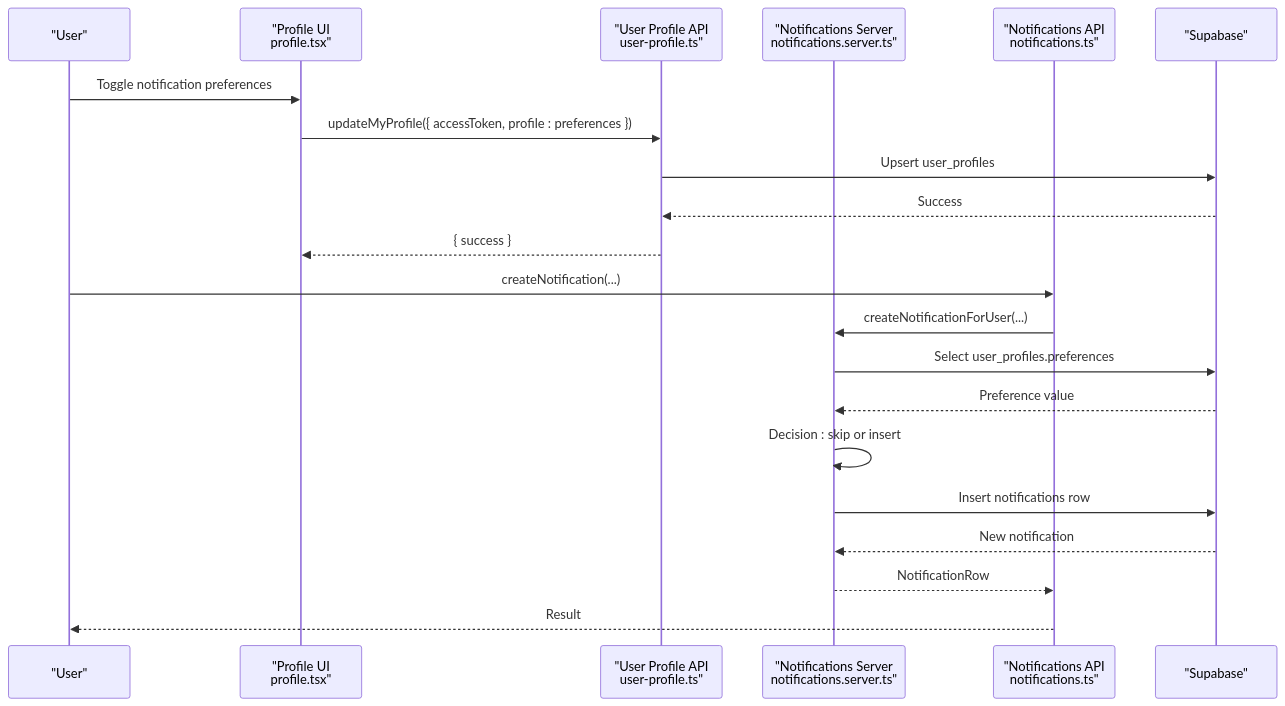
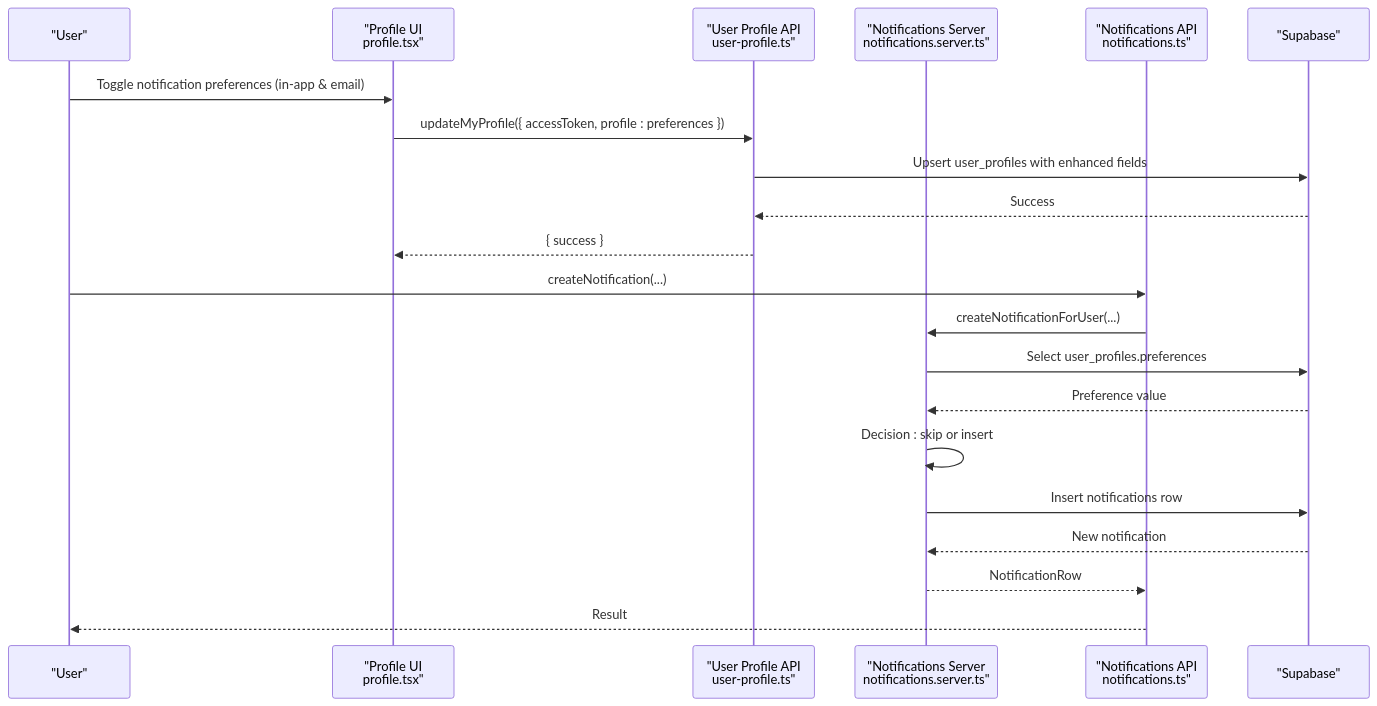
Before and after one commit to gastaldellomarco/pcReady: the second of 6 diagrams in .qoder/repowiki/en/content/Real-time Features/Notification System/Notification Preferences.md, drawn with Mermaid. The commit also changed other lines of this file and 8 other files, not shown here.

````diff
--- a/.qoder/repowiki/en/content/Real-time Features/Notification System/Notification Preferences.md
+++ b/.qoder/repowiki/en/content/Real-time Features/Notification System/Notification Preferences.md
@@ -118,23 +130,23 @@
 ```mermaid
 sequenceDiagram
 participant U as "User"
 participant PF as "Profile UI<br/>profile.tsx"
 participant UPF as "User Profile API<br/>user-profile.ts"
 participant NS as "Notifications Server<br/>notifications.server.ts"
 participant NF as "Notifications API<br/>notifications.ts"
 participant DB as "Supabase"
-U->>PF : Toggle notification preferences
+U->>PF : Toggle notification preferences (in-app & email)
 PF->>UPF : updateMyProfile({ accessToken, profile : preferences })
-UPF->>DB : Upsert user_profiles
+UPF->>DB : Upsert user_profiles with enhanced fields
 DB-->>UPF : Success
 UPF-->>PF : { success }
 U->>NF : createNotification(...)
 NF->>NS : createNotificationForUser(...)
 NS->>DB : Select user_profiles.preferences
 DB-->>NS : Preference value
 NS->>NS : Decision : skip or insert
 NS->>DB : Insert notifications row
 DB-->>NS : New notification
 NS-->>NF : NotificationRow
 NF-->>U : Result
 ```
````
